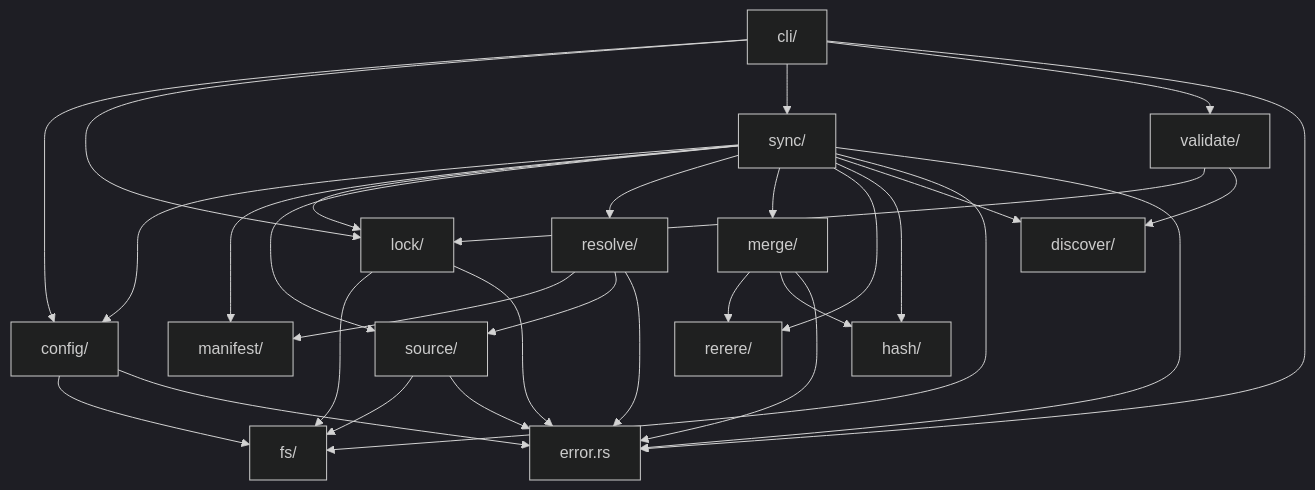
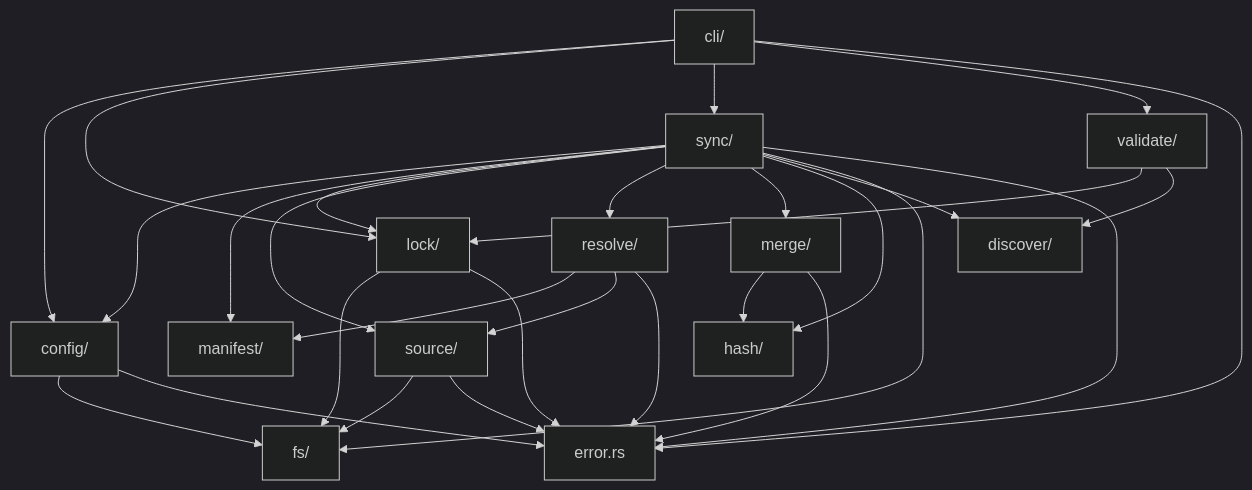
One commit to meridian-flow/meridian-cli changed the first of 2 diagrams in .meridian/work/agent-package-management/design/rust-architecture.md. Above: the diagram before and after it, drawn with Mermaid (dark theme). The commit also changed other lines of this file and 3 other files, not shown here.

````diff
--- a/.meridian/work/agent-package-management/design/rust-architecture.md
+++ b/.meridian/work/agent-package-management/design/rust-architecture.md
@@ -41,54 +40,51 @@
 ```mermaid
 flowchart TD
     CLI["cli/"]
     CFG["config/"]
     MAN["manifest/"]
     LCK["lock/"]
     SRC["source/"]
     RES["resolve/"]
     SYNC["sync/"]
     MRG["merge/"]
-    RER["rerere/"]
     HSH["hash/"]
     DIS["discover/"]
     VAL["validate/"]
     FS["fs/"]
     ERR["error.rs"]
 
     CLI --> CFG
     CLI --> LCK
     CLI --> SYNC
     CLI --> VAL
 
     SYNC --> CFG
     SYNC --> MAN
     SYNC --> LCK
     SYNC --> SRC
     SYNC --> RES
     SYNC --> MRG
-    SYNC --> RER
     SYNC --> HSH
     SYNC --> DIS
     SYNC --> FS
 
     RES --> MAN
     RES --> SRC
 
-    MRG --> RER
     MRG --> HSH
 
     SRC --> FS
     LCK --> FS
     CFG --> FS
 
     VAL --> LCK
     VAL --> DIS
 
     CLI --> ERR
     SYNC --> ERR
     RES --> ERR
     SRC --> ERR
     CFG --> ERR
     LCK --> ERR
     MRG --> ERR
 ```
````
